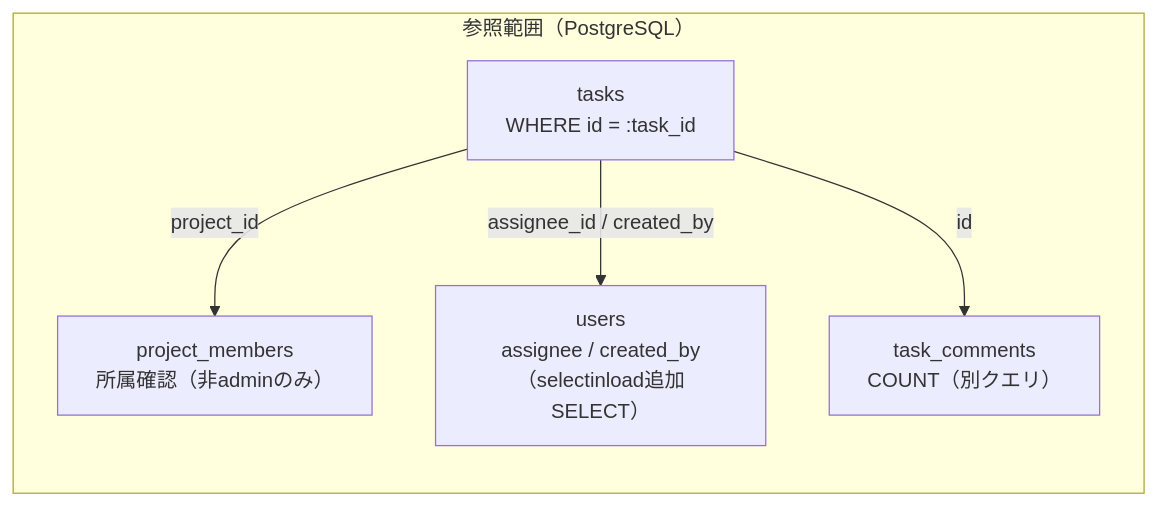
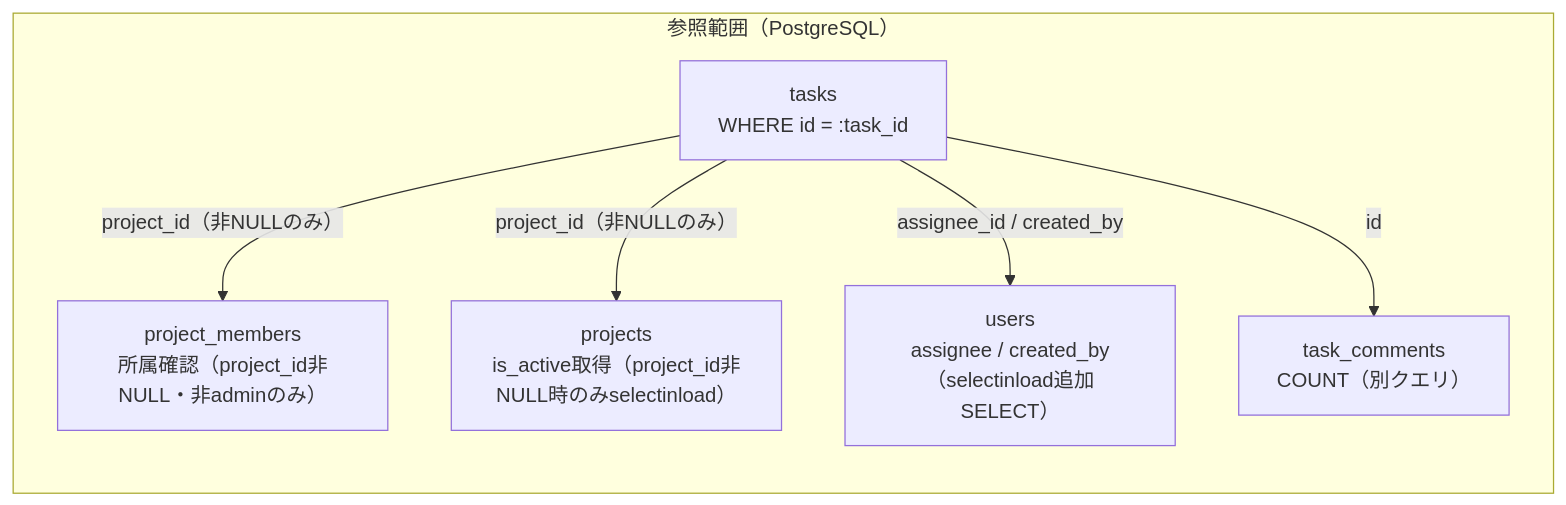
Before and after one commit to oikawa-d/task_management: the fourth of 4 diagrams in detailed_design/api/tasks/03_get_task.md, drawn with Mermaid. The commit also changed other lines of this file and 25 other files, not shown here.

````diff
--- a/detailed_design/api/tasks/03_get_task.md
+++ b/detailed_design/api/tasks/03_get_task.md
@@ -206,12 +216,14 @@
 ```mermaid
 flowchart LR
     subgraph read["参照範囲（PostgreSQL）"]
         T["tasks<br/>WHERE id = :task_id"]
         U["users<br/>assignee / created_by（selectinload追加SELECT）"]
-        PM["project_members<br/>所属確認（非adminのみ）"]
+        P["projects<br/>is_active取得（project_id非NULL時のみselectinload）"]
+        PM["project_members<br/>所属確認（project_id非NULL・非adminのみ）"]
         C["task_comments<br/>COUNT（別クエリ）"]
     end
-    T -->|"project_id"| PM
+    T -->|"project_id（非NULLのみ）"| PM
+    T -->|"project_id（非NULLのみ）"| P
     T -->|"assignee_id / created_by"| U
     T -->|"id"| C
 ```
````
